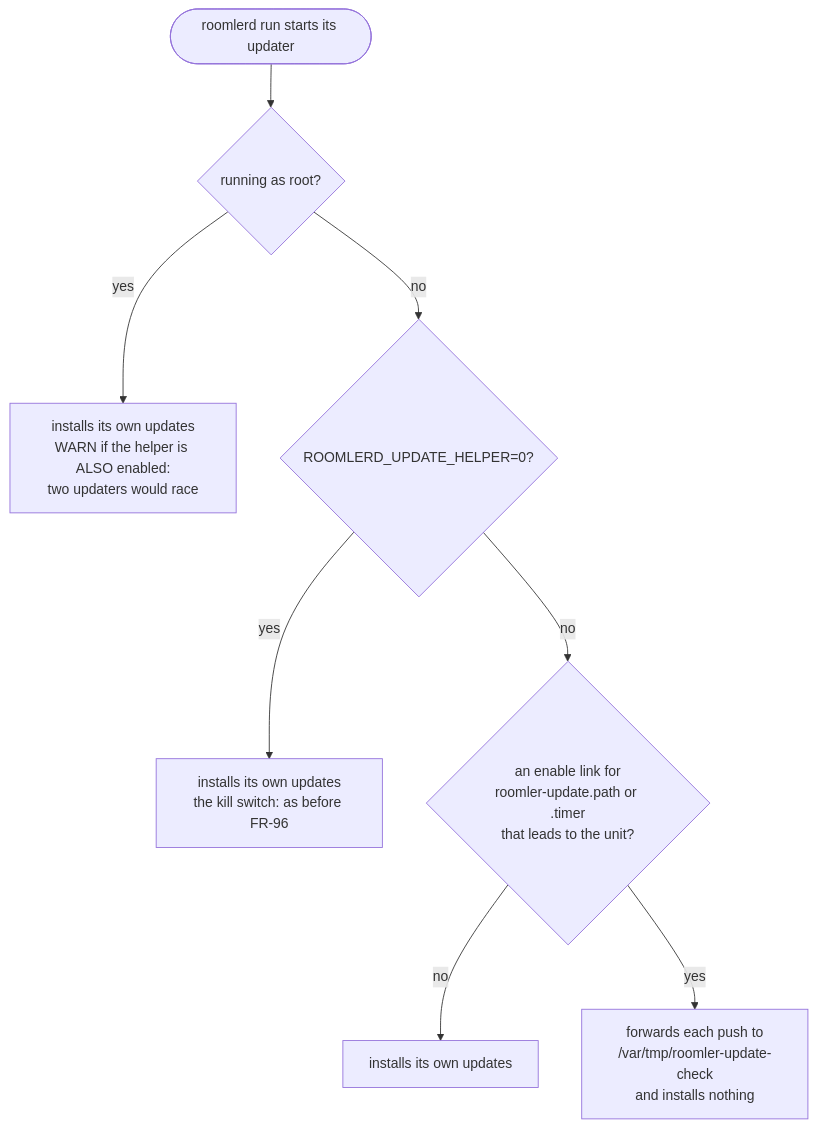
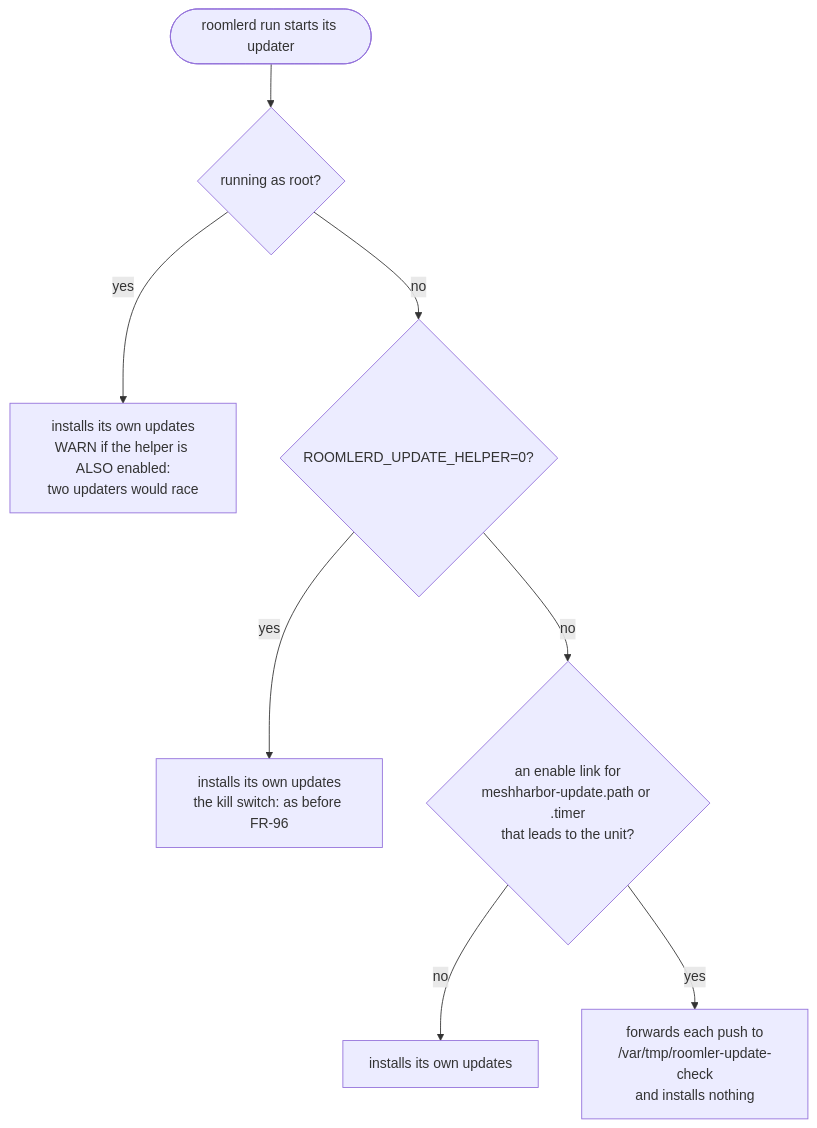
One commit to jk-zhang-meta/MeshHarbor changed the third of 5 diagrams in docs/linux-self-update.md. Above: the diagram before and after it, drawn with Mermaid. The commit also changed other lines of this file and 160 other files, not shown here.

````diff
--- a/docs/linux-self-update.md
+++ b/docs/linux-self-update.md
@@ -310,10 +310,10 @@
 ```mermaid
 flowchart TD
     S([roomlerd run starts its updater]) --> R{running as root?}
     R -->|yes| IP1[installs its own updates<br/>WARN if the helper is ALSO enabled:<br/>two updaters would race]
     R -->|no| K{ROOMLERD_UPDATE_HELPER=0?}
     K -->|yes| IP2[installs its own updates<br/>the kill switch: as before FR-96]
-    K -->|no| E{an enable link for<br/>roomler-update.path or .timer<br/>that leads to the unit?}
+    K -->|no| E{an enable link for<br/>meshharbor-update.path or .timer<br/>that leads to the unit?}
     E -->|no| IP3[installs its own updates]
     E -->|yes| H[forwards each push to<br/>/var/tmp/roomler-update-check<br/>and installs nothing]
 ```
````
